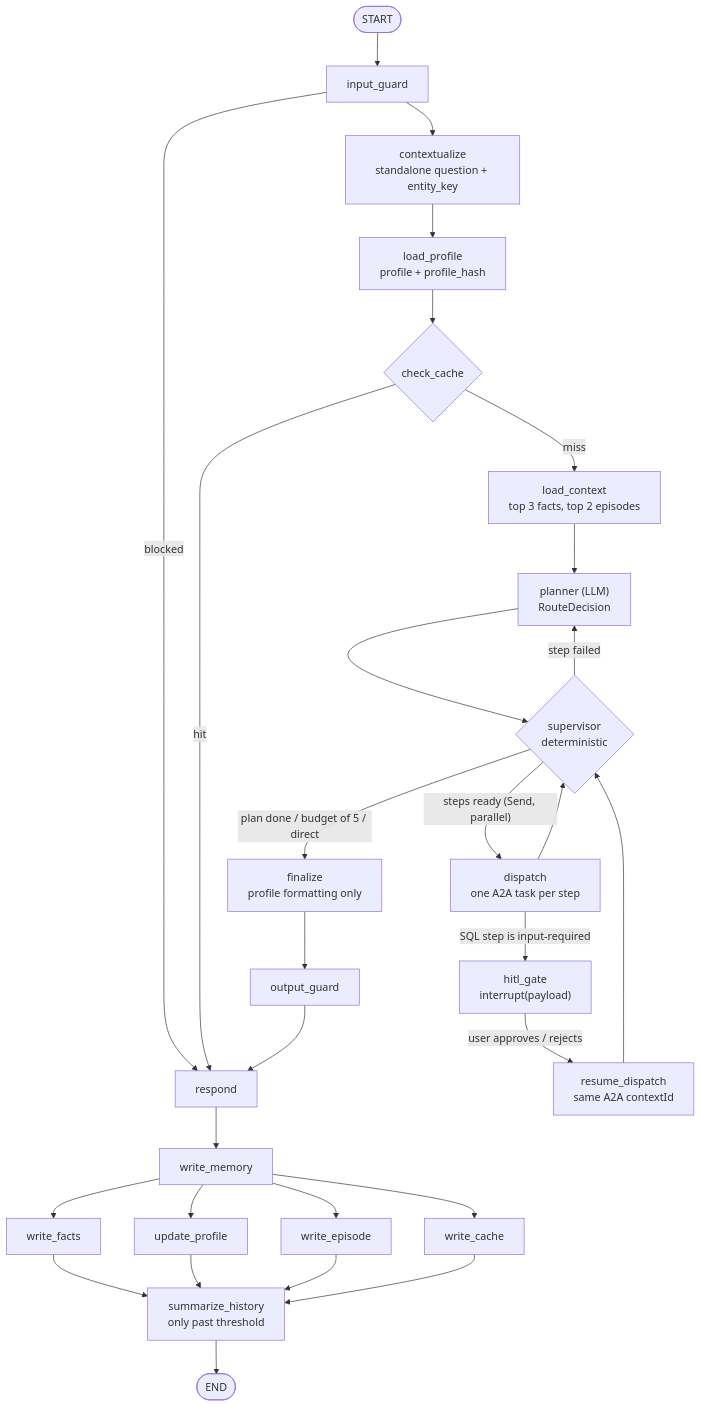
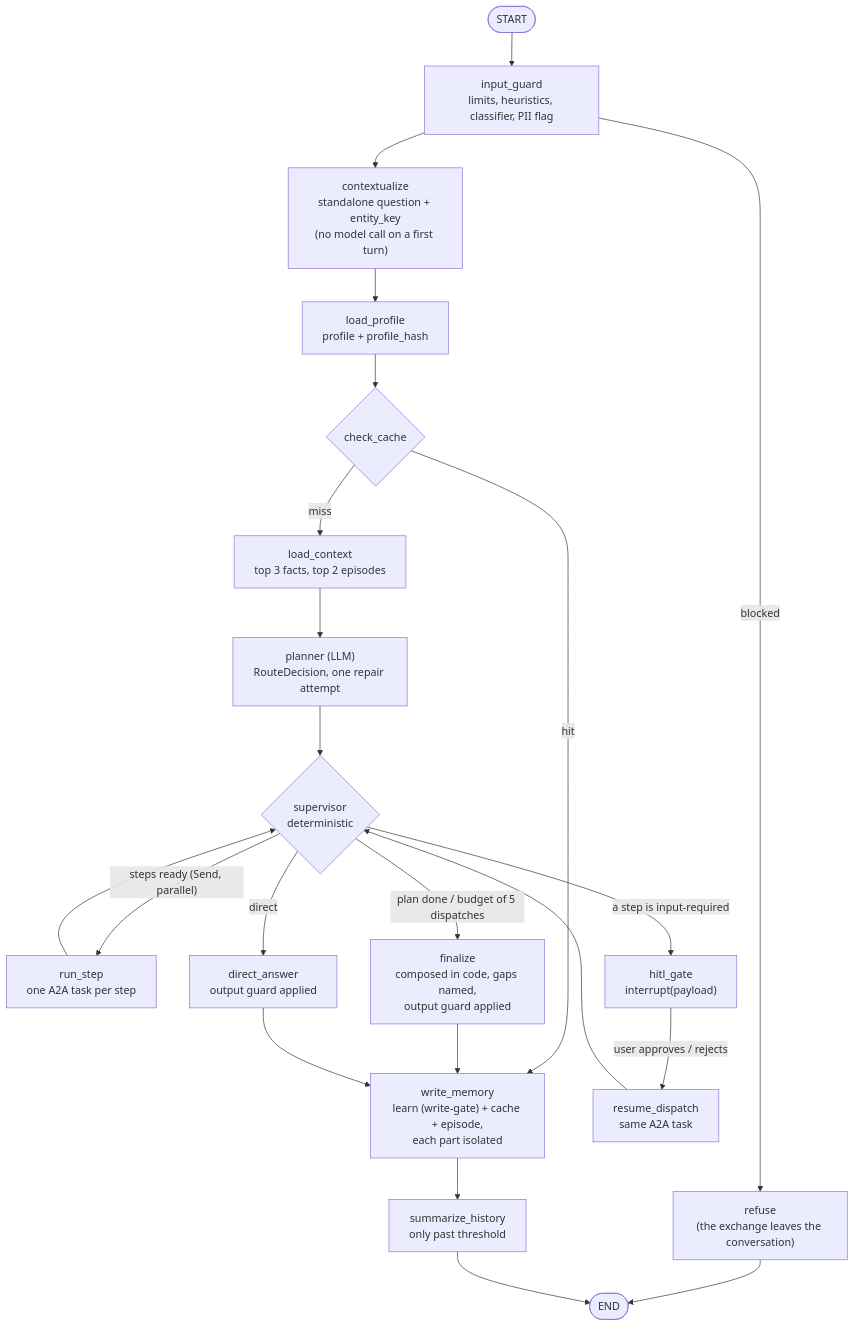
One commit to SwatantraJain-02/multi_conversational_agentic_system changed the third of 21 diagrams in docs/architecture/hld_lld.md. Above: the diagram before and after it, drawn with Mermaid. The commit also changed other lines of this file, not shown here.

First line of the commit message:
Update the architecture document to match what is built

````diff
--- a/docs/architecture/hld_lld.md
+++ b/docs/architecture/hld_lld.md
@@ -142,25 +142,23 @@
 ```mermaid
 flowchart TD
-    S([START]) --> ig["input_guard"]
-    ig -->|"blocked"| resp
-    ig --> ctx["contextualize<br/>standalone question + entity_key"]
+    S([START]) --> ig["input_guard<br/>limits, heuristics, classifier, PII flag"]
+    ig -->|"blocked"| rf["refuse<br/>(the exchange leaves the conversation)"]
+    rf --> E([END])
+    ig --> ctx["contextualize<br/>standalone question + entity_key<br/>(no model call on a first turn)"]
     ctx --> lp["load_profile<br/>profile + profile_hash"]
     lp --> cc{"check_cache"}
-    cc -->|"hit"| resp["respond"]
+    cc -->|"hit"| wm
     cc -->|"miss"| lc["load_context<br/>top 3 facts, top 2 episodes"]
-    lc --> pl["planner (LLM)<br/>RouteDecision"]
+    lc --> pl["planner (LLM)<br/>RouteDecision, one repair attempt"]
     pl --> sv{"supervisor<br/>deterministic"}
-    sv -->|"steps ready (Send, parallel)"| dp["dispatch<br/>one A2A task per step"]
-    dp --> sv
-    dp -->|"SQL step is input-required"| hg["hitl_gate<br/>interrupt(payload)"]
-    hg -->|"user approves / rejects"| rd["resume_dispatch<br/>same A2A contextId"]
+    sv -->|"steps ready (Send, parallel)"| rs["run_step<br/>one A2A task per step"]
+    rs --> sv
+    sv -->|"a step is input-required"| hg["hitl_gate<br/>interrupt(payload)"]
+    hg -->|"user approves / rejects"| rd["resume_dispatch<br/>same A2A task"]
     rd --> sv
-    sv -->|"step failed"| pl
-    sv -->|"plan done / budget of 5 / direct"| fin["finalize<br/>profile formatting only"]
-    fin --> og["output_guard"]
-    og --> resp
-    resp --> wm["write_memory"]
-    wm --> wf["write_facts"] & up["update_profile"] & we["write_episode"] & wc["write_cache"]
-    wf & up & we & wc --> sh["summarize_history<br/>only past threshold"]
-    sh --> E([END])
+    sv -->|"plan done / budget of 5 dispatches"| fin["finalize<br/>composed in code, gaps named,<br/>output guard applied"]
+    sv -->|"direct"| da["direct_answer<br/>output guard applied"]
+    fin & da --> wm["write_memory<br/>learn (write-gate) + cache + episode,<br/>each part isolated"]
+    wm --> sh["summarize_history<br/>only past threshold"]
+    sh --> E
 ```
````
